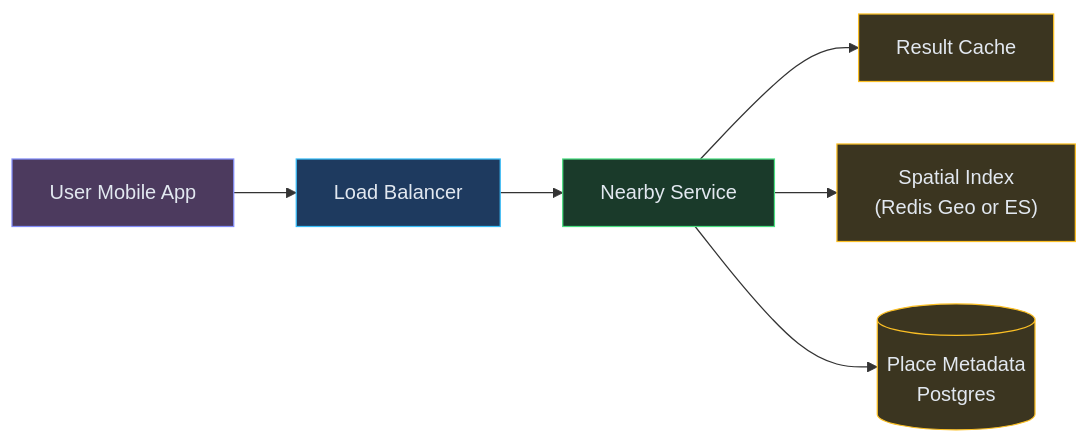
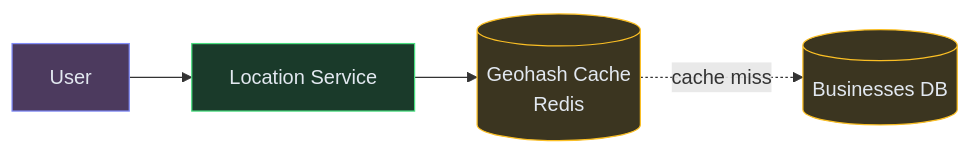
The second of 4 diagrams in content/hld/NearbyService.md (iluzn/HLD-Designs), drawn with Mermaid before and after one commit. The commit also changed other lines of this file and 8 other files, not shown here.

````diff
--- a/content/hld/NearbyService.md
+++ b/content/hld/NearbyService.md
@@ -158,20 +102,15 @@
 ```mermaid
 flowchart LR
-    USER["User Mobile App"]:::client
-    LB["Load Balancer"]:::edge
-    NEARBY["Nearby Service"]:::service
-    GEODEX["Spatial Index<br/>(Redis Geo or ES)"]:::data
-    PLACEDB[("Place Metadata<br/>Postgres")]:::data
-    CACHE["Result Cache"]:::data
+    USER["User"]:::client
+    API["Location Service"]:::service
+    CACHE[("Geohash Cache<br/>Redis")]:::data
+    DB[("Businesses DB")]:::data
 
-    USER --> LB
-    LB --> NEARBY
-    NEARBY --> CACHE
-    NEARBY --> GEODEX
-    NEARBY --> PLACEDB
+    USER --> API
+    API --> CACHE
+    CACHE -.->|cache miss| DB
 
     classDef client fill:#4c3a5e,stroke:#818cf8,color:#e2e8f0
-    classDef edge fill:#1e3a5f,stroke:#38bdf8,color:#e2e8f0
     classDef service fill:#1a3a2a,stroke:#4ade80,color:#e2e8f0
     classDef data fill:#3b3520,stroke:#fbbf24,color:#e2e8f0
 ```
````
